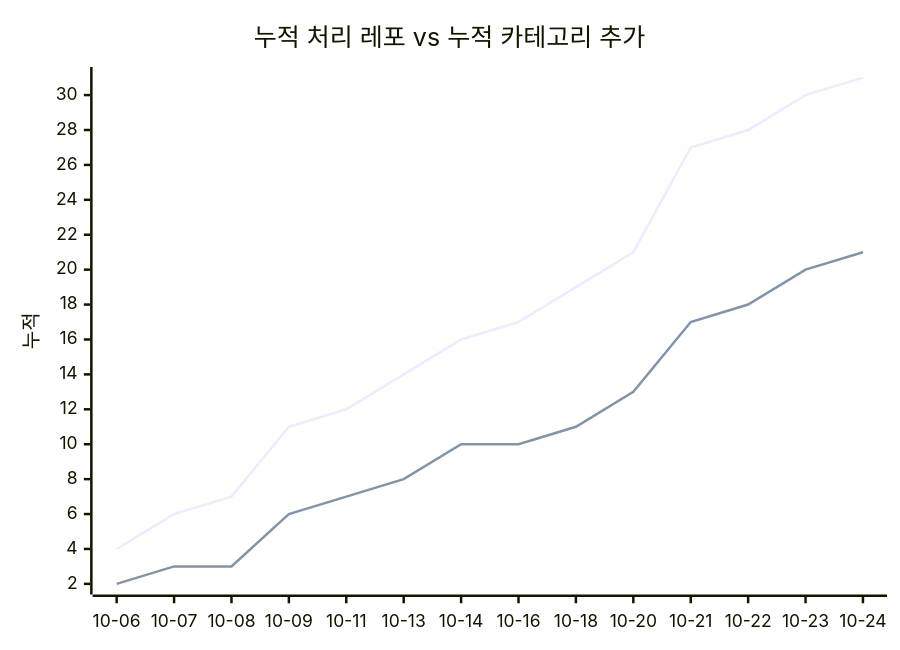
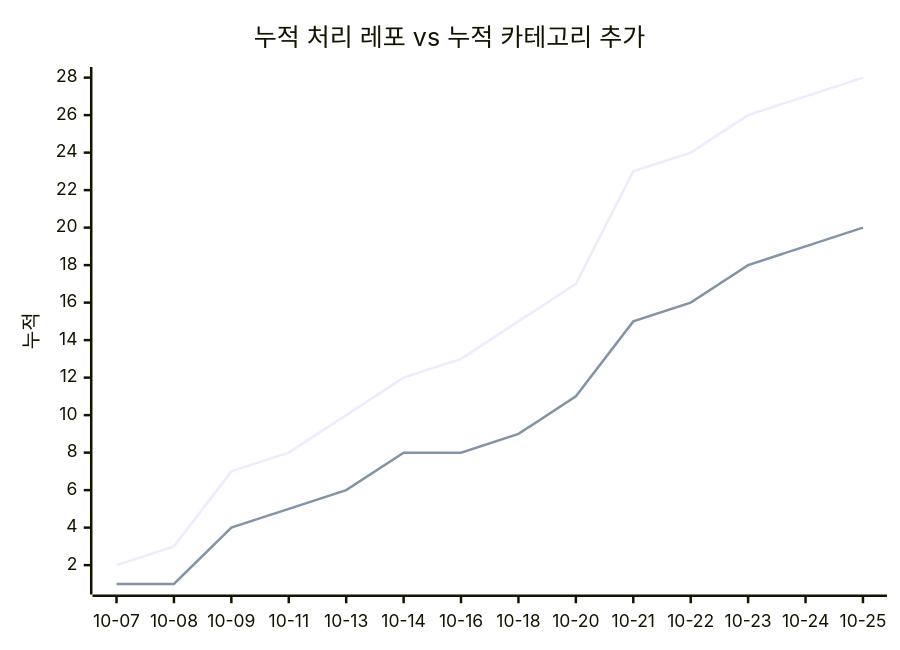
One commit to J-nowcow/awesome-korean-agent-skills changed the second of 2 diagrams in docs/trends.md. Above: the diagram before and after it, drawn with Mermaid. The commit also changed other lines of this file and 4 other files, not shown here.

````diff
--- a/docs/trends.md
+++ b/docs/trends.md
@@ -68,8 +68,8 @@
 ```mermaid
 xychart-beta
     title "누적 처리 레포 vs 누적 카테고리 추가"
-    x-axis ["10-06","10-07","10-08","10-09","10-11","10-13","10-14","10-16","10-18","10-20","10-21","10-22","10-23","10-24"]
+    x-axis ["10-07","10-08","10-09","10-11","10-13","10-14","10-16","10-18","10-20","10-21","10-22","10-23","10-24","10-25"]
     y-axis "누적"
-    line [4,6,7,11,12,14,16,17,19,21,27,28,30,31]
-    line [2,3,3,6,7,8,10,10,11,13,17,18,20,21]
+    line [2,3,7,8,10,12,13,15,17,23,24,26,27,28]
+    line [1,1,4,5,6,8,8,9,11,15,16,18,19,20]
 ```
````
